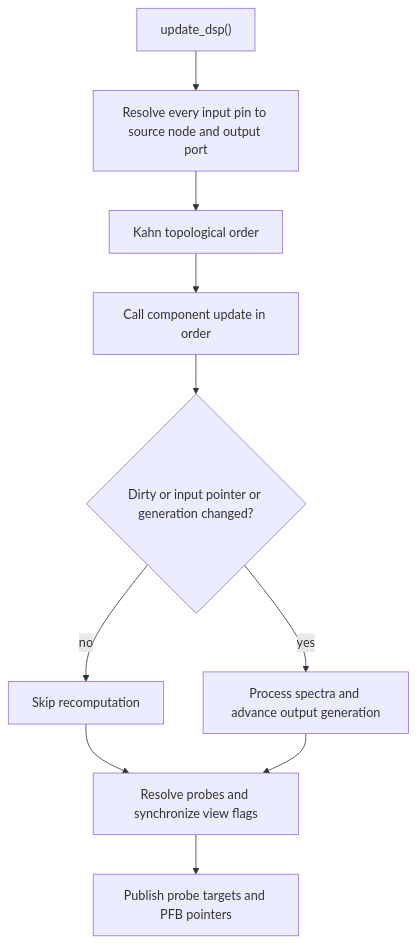
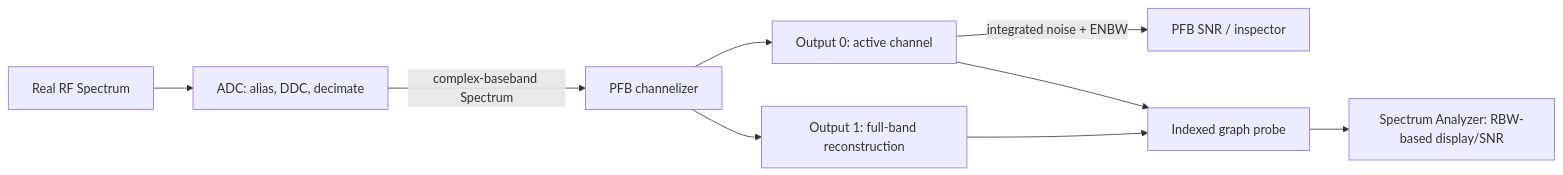
The second of 2 diagrams in openwiki/workflows/dsp-pipeline.md (striderZA/Tiny-RF-Simulator), drawn with Mermaid before and after one commit. The commit also changed other lines of this file and 22 other files, not shown here.

````diff
--- a/openwiki/workflows/dsp-pipeline.md
+++ b/openwiki/workflows/dsp-pipeline.md
@@ -80,12 +128,11 @@
 ```mermaid
-flowchart TD
-    Start["update_dsp()"] --> Rewire["Resolve every input pin to source node and output port"]
-    Rewire --> Order["Kahn topological order"]
-    Order --> Update["Call component update in order"]
-    Update --> Cache{"Dirty or input pointer or generation changed?"}
-    Cache -->|no| Next["Skip recomputation"]
-    Cache -->|yes| Process["Process spectra and advance output generation"]
-    Next --> Probe["Resolve probes and synchronize view flags"]
-    Process --> Probe
-    Probe --> Analyzer["Publish probe targets and PFB pointers"]
+flowchart LR
+    RF["Real RF Spectrum"] --> ADC["ADC: alias, DDC, decimate"]
+    ADC -->|complex-baseband Spectrum| PFB["PFB channelizer"]
+    PFB --> CH["Output 0: active channel"]
+    PFB --> FULL["Output 1: full-band reconstruction"]
+    CH -->|integrated noise + ENBW| Hover["PFB SNR / inspector"]
+    FULL --> Probe["Indexed graph probe"]
+    CH --> Probe
+    Probe --> Analyzer["Spectrum Analyzer: RBW-based display/SNR"]
 ```
````
